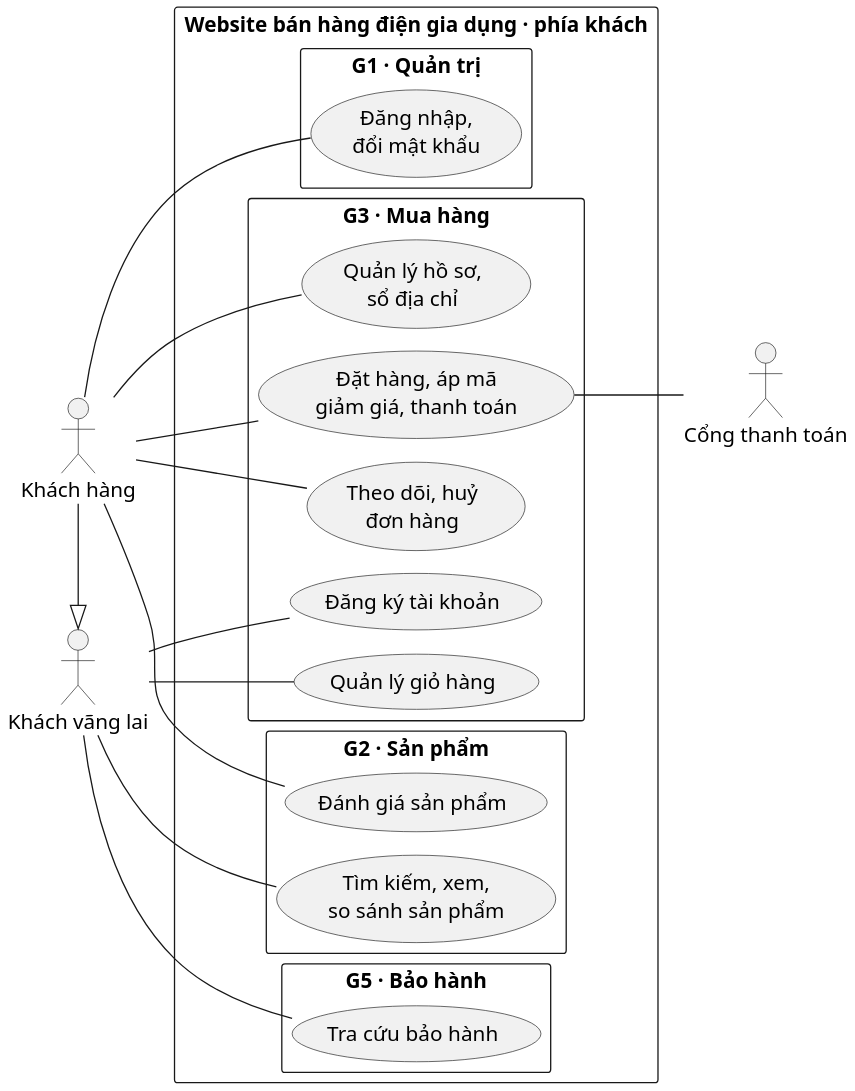
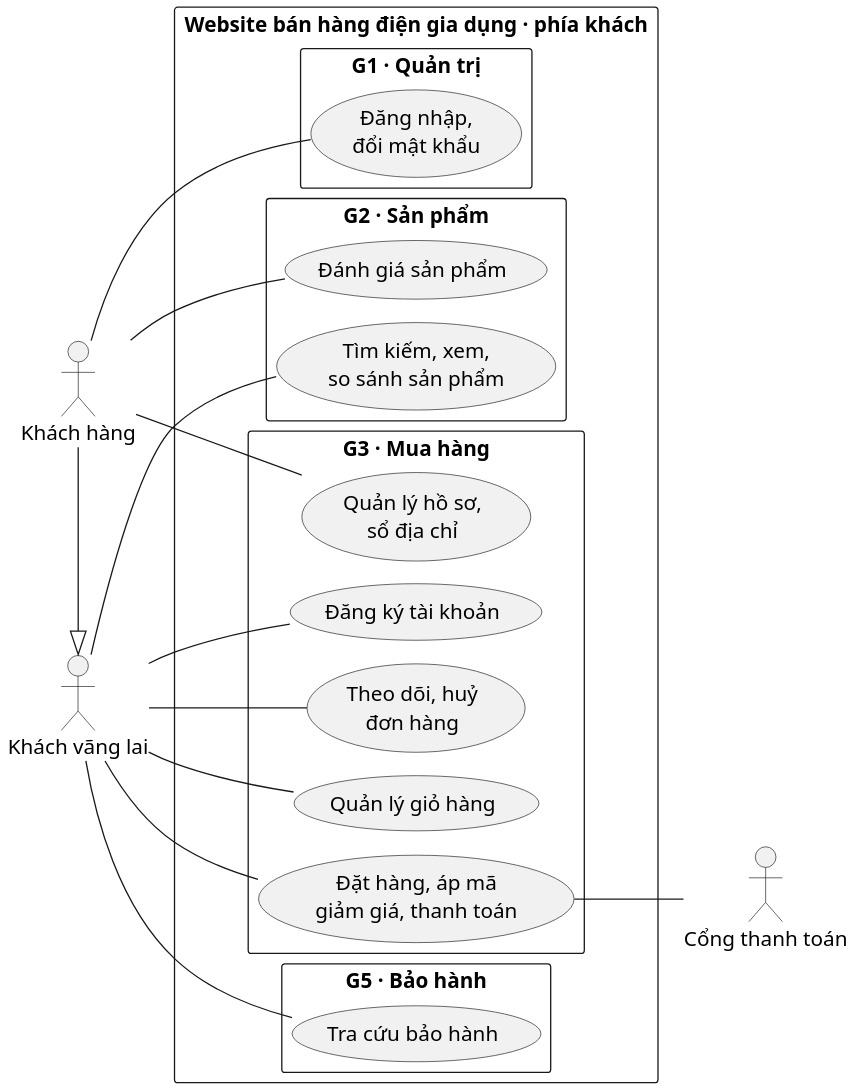
One commit to kietpham2309pt-debug/da_pttkhttt changed the diagram in phan-tich/chung/so-do/uc-tong-quat-khach.puml. Above: the diagram before and after it, drawn with PlantUML. The commit also changed 288 other files, not shown here.

```diff
--- a/phan-tich/chung/so-do/uc-tong-quat-khach.puml
+++ b/phan-tich/chung/so-do/uc-tong-quat-khach.puml
@@ -1,47 +1,47 @@
 @startuml uc-tong-quat-khach
 !pragma layout smetana
 skinparam defaultFontName "Times New Roman"
 skinparam defaultFontSize 16
 skinparam monochrome true
 skinparam shadowing false
 skinparam dpi 170
 skinparam packageStyle rectangle
 left to right direction
 
 actor "Khách vãng lai" as KVL
 actor "Khách hàng" as KH
 actor "Cổng thanh toán" as CTT
 
 KH -|> KVL
 
 rectangle "Website bán hàng điện gia dụng · phía khách" {
   package "G2 · Sản phẩm" {
     usecase "Tìm kiếm, xem,\nso sánh sản phẩm" as SP1
     usecase "Đánh giá sản phẩm" as SP2
   }
   package "G3 · Mua hàng" {
     usecase "Đăng ký tài khoản" as MH1
     usecase "Quản lý hồ sơ,\nsổ địa chỉ" as MH2
     usecase "Quản lý giỏ hàng" as MH3
     usecase "Đặt hàng, áp mã\ngiảm giá, thanh toán" as MH4
     usecase "Theo dõi, huỷ\nđơn hàng" as MH5
   }
   package "G5 · Bảo hành" {
     usecase "Tra cứu bảo hành" as KB1
   }
   package "G1 · Quản trị" {
     usecase "Đăng nhập,\nđổi mật khẩu" as HT1
   }
 }
 
 KVL -- SP1
 KVL -- MH1
 KVL -- MH3
 KVL -- KB1
+KVL -- MH4
+KVL -- MH5
 KH -- SP2
 KH -- MH2
-KH -- MH4
-KH -- MH5
 KH -- HT1
 MH4 -- CTT
 @enduml
```
